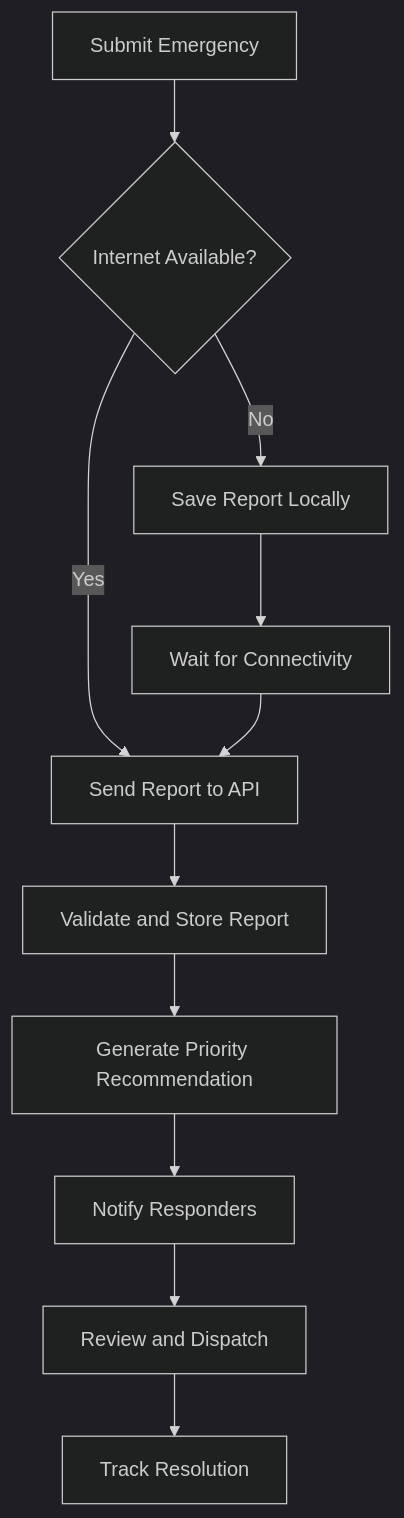
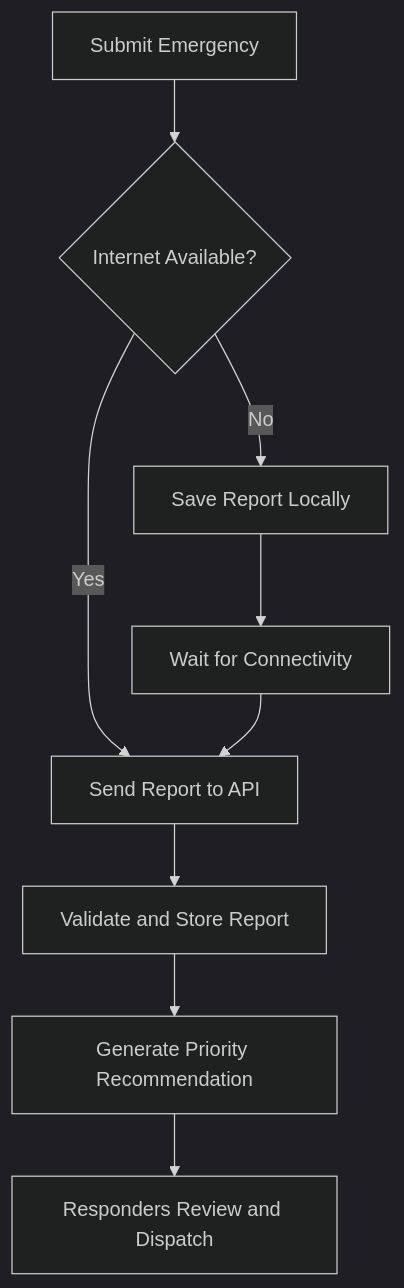
Before and after one commit to Azfarmoin/VYRA-Intelligent-Disaster-Respons: the second of 2 diagrams in README.md, drawn with Mermaid (dark theme). The commit also changed other lines of this file and 79 other files, not shown here.

````diff
--- a/README.md
+++ b/README.md
@@ -168,13 +255,11 @@
 ```mermaid
 flowchart TD
     A[Submit Emergency] --> B{Internet Available?}
     B -- Yes --> C[Send Report to API]
     B -- No --> D[Save Report Locally]
     D --> E[Wait for Connectivity]
     E --> C
     C --> F[Validate and Store Report]
     F --> G[Generate Priority Recommendation]
-    G --> H[Notify Responders]
-    H --> I[Review and Dispatch]
-    I --> J[Track Resolution]
+    G --> H[Responders Review and Dispatch]
 ```
````
